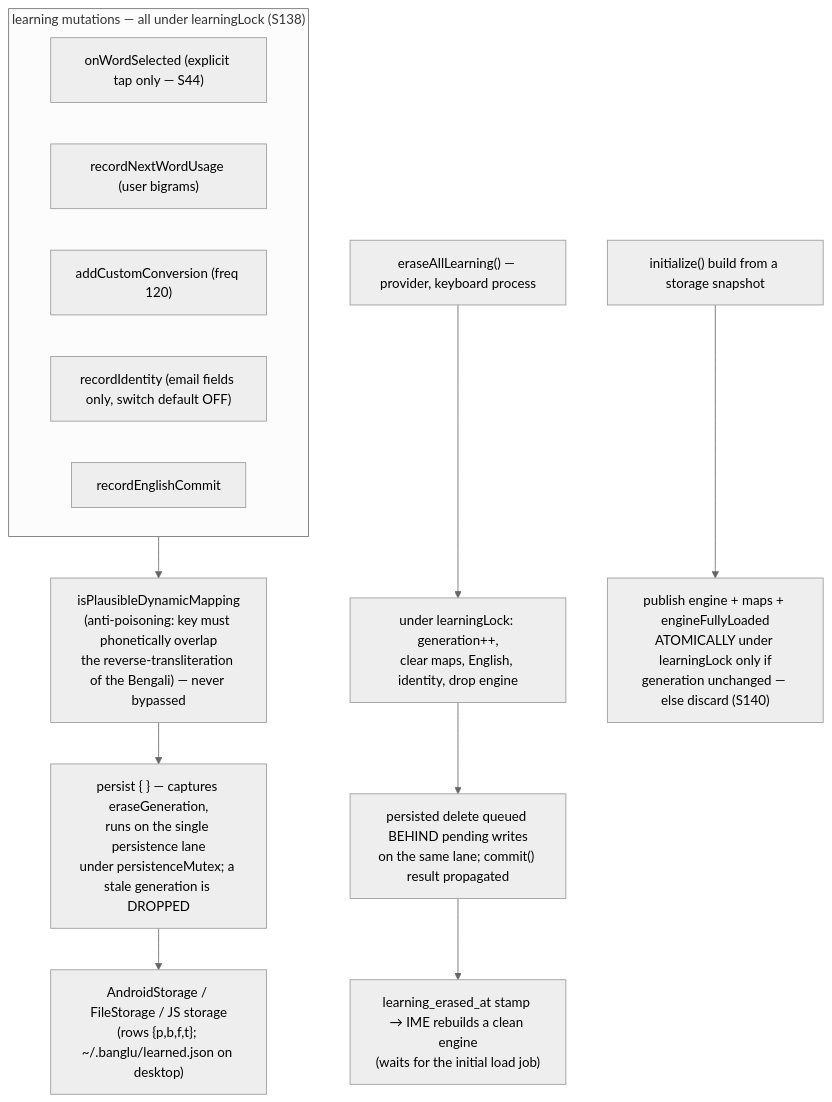
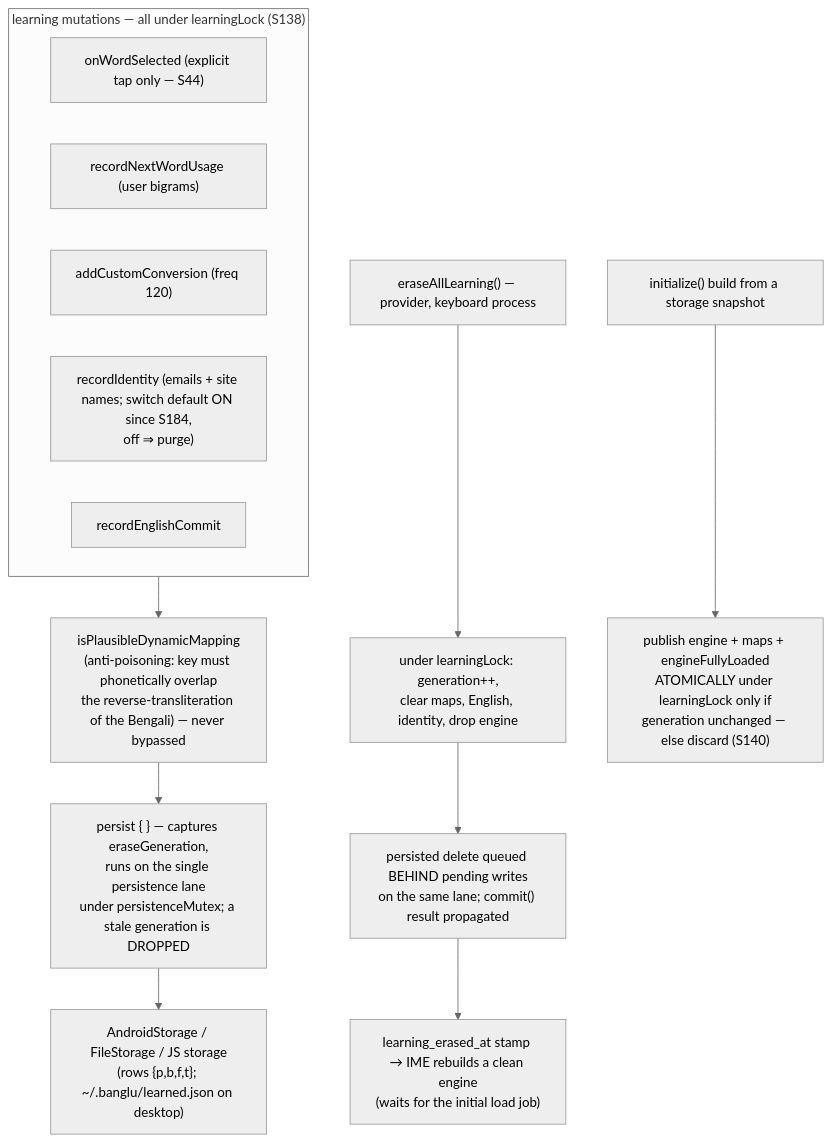
The ninth of 10 diagrams in docs/architecture/engine-architecture.md (Shahabul87/banglu-kmp), drawn with Mermaid (neutral theme) before and after one commit. The commit also changed other lines of this file, not shown here.

First line of the commit message:
docs(architecture): fold S178–S192 into the engine reference — chandrabindu marker, phrases, English data, strip twins, tier-B lexicon, combination strip + ambiguity habit, honest floor, the strip ranking law

````diff
--- a/docs/architecture/engine-architecture.md
+++ b/docs/architecture/engine-architecture.md
@@ -378,18 +417,18 @@
 ```mermaid
 flowchart TD
     subgraph WRITES["learning mutations — all under learningLock (S138)"]
         W1["onWordSelected (explicit tap only — S44)"]
         W2["recordNextWordUsage (user bigrams)"]
         W3["addCustomConversion (freq 120)"]
-        W4["recordIdentity (email fields only, switch default OFF)"]
+        W4["recordIdentity (emails + site names; switch default ON since S184,<br/>off ⇒ purge)"]
         W5["recordEnglishCommit"]
     end
     WRITES --> G["isPlausibleDynamicMapping<br/>(anti-poisoning: key must phonetically overlap<br/>the reverse-transliteration of the Bengali) — never bypassed"]
     G --> P["persist { } — captures eraseGeneration,<br/>runs on the single persistence lane<br/>under persistenceMutex; a stale generation is DROPPED"]
     P --> AS["AndroidStorage / FileStorage / JS storage<br/>(rows {p,b,f,t}; ~/.banglu/learned.json on desktop)"]
 
     E["eraseAllLearning() — provider, keyboard process"] --> E1["under learningLock: generation++,<br/>clear maps, English, identity, drop engine"]
     E1 --> E2["persisted delete queued BEHIND pending writes<br/>on the same lane; commit() result propagated"]
     E2 --> E3["learning_erased_at stamp → IME rebuilds a clean engine<br/>(waits for the initial load job)"]
     INIT["initialize() build from a storage snapshot"] --> PUB["publish engine + maps + engineFullyLoaded<br/>ATOMICALLY under learningLock only if<br/>generation unchanged — else discard (S140)"]
 ```
````
